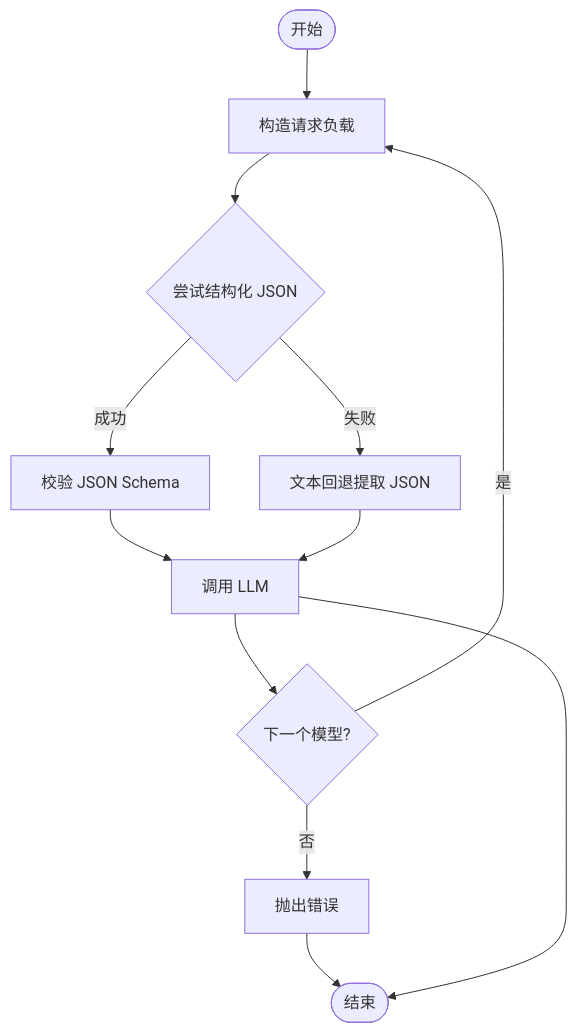
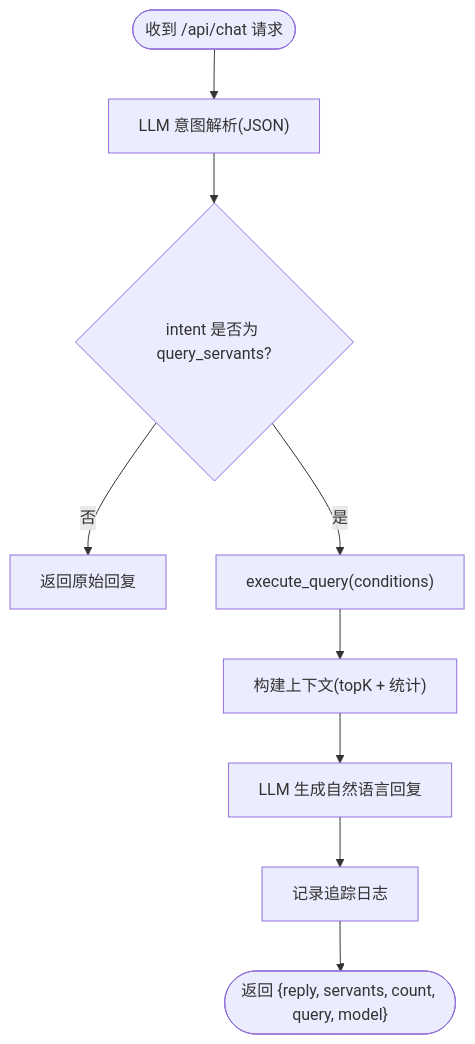
Before and after one commit to kanoha222/Laplace: the third of 9 diagrams in .qoder/repowiki/zh/content/快速开始.md, drawn with Mermaid. The commit also changed other lines of this file and 54 other files, not shown here.

````diff
--- a/.qoder/repowiki/zh/content/快速开始.md
+++ b/.qoder/repowiki/zh/content/快速开始.md
@@ -164,14 +166,11 @@
 ```mermaid
 flowchart TD
-Start(["开始"]) --> BuildPayload["构造请求负载"]
-BuildPayload --> TryStructured{"尝试结构化 JSON"}
-TryStructured --> |成功| Validate["校验 JSON Schema"]
-TryStructured --> |失败| TextFallback["文本回退提取 JSON"]
-Validate --> CallLLM["调用 LLM"]
-TextFallback --> CallLLM
-CallLLM --> NextModel{"下一个模型?"}
-NextModel --> |是| BuildPayload
-NextModel --> |否| RaiseError["抛出错误"]
-RaiseError --> End(["结束"])
-CallLLM --> End
+Start(["收到 /api/chat 请求"]) --> Parse["LLM 意图解析(JSON)"]
+Parse --> IntentOK{"intent 是否为 query_servants?"}
+IntentOK -- 否 --> ReplyRaw["返回原始回复"]
+IntentOK -- 是 --> Exec["execute_query(conditions)"]
+Exec --> BuildCtx["构建上下文(topK + 统计)"]
+BuildCtx --> RAG["LLM 生成自然语言回复"]
+RAG --> Log["记录追踪日志"]
+Log --> Return(["返回 {reply, servants, count, query, model}"])
 ```
````
